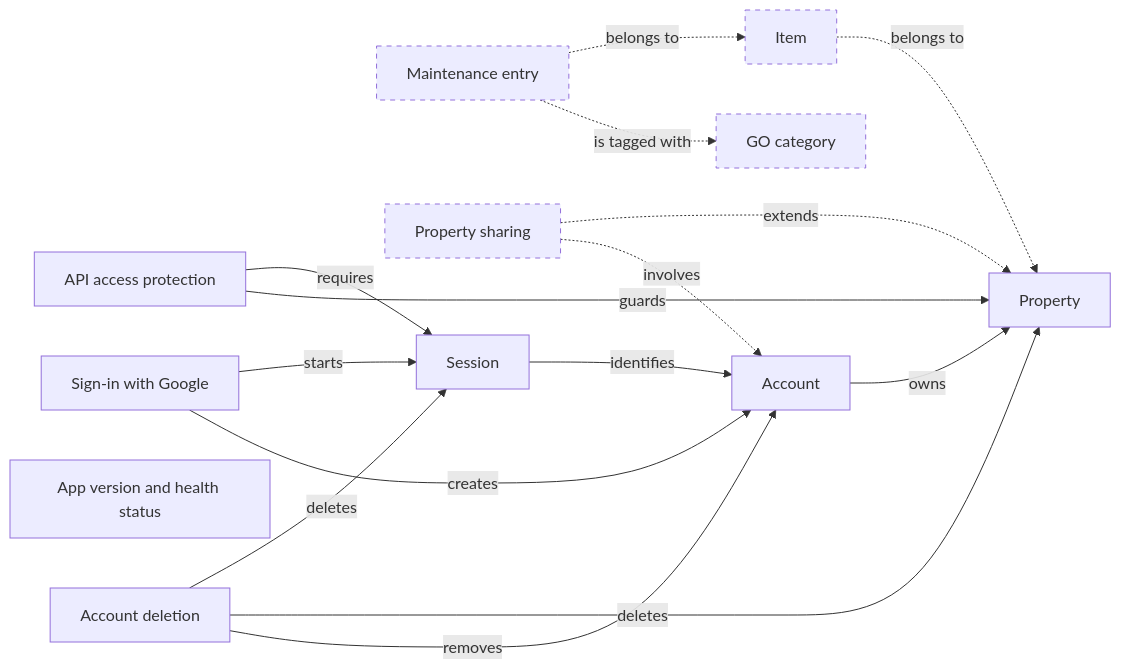
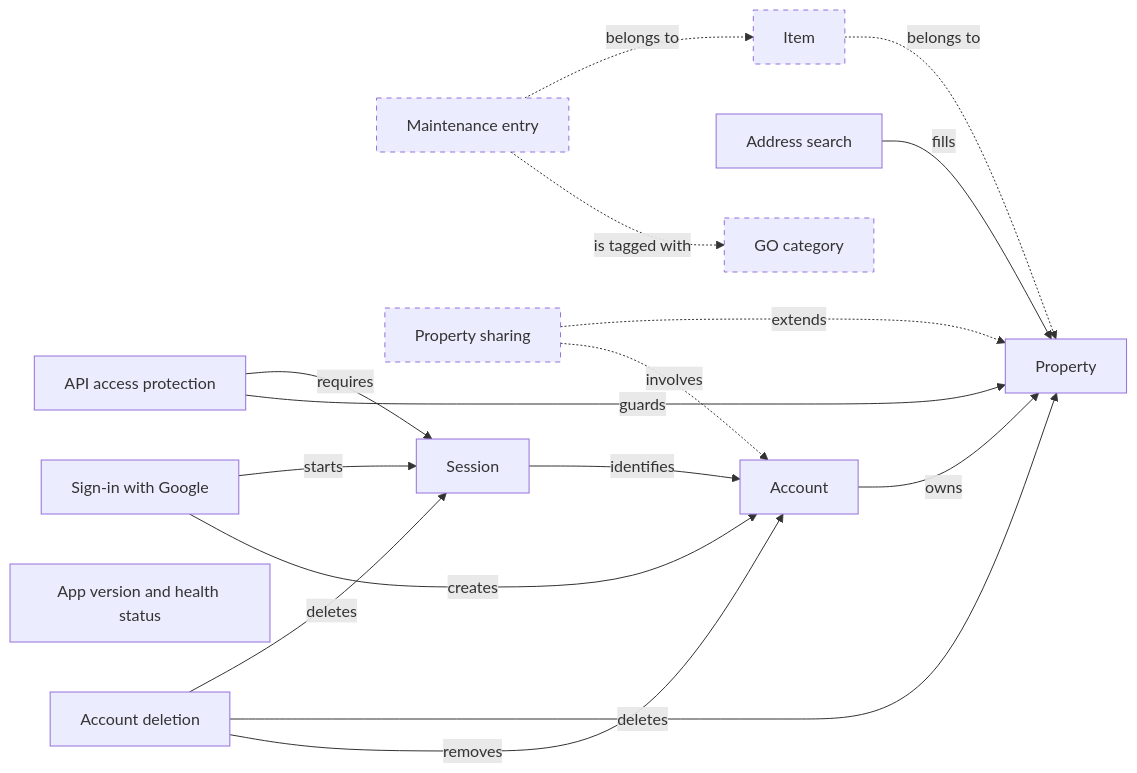
The diagram in knowledge/wiki/index.md (TomTXR/factory-pilot), drawn with Mermaid before and after one commit. The commit also changed other lines of this file and 12 other files, not shown here.

Commit message:
Document address search in the wiki and record story 59

````diff
--- a/knowledge/wiki/index.md
+++ b/knowledge/wiki/index.md
@@ -11,33 +11,35 @@
 ```mermaid
 graph LR
   Account["Account"]
   Accountdeletion["Account deletion"]
+  Addresssearch["Address search"]
   APIaccessprotection["API access protection"]
   Appversionandhealthstatus["App version and health status"]
   GOcategory["GO category"]
   Item["Item"]
   Maintenanceentry["Maintenance entry"]
   Property["Property"]
   Propertysharing["Property sharing"]
   Session["Session"]
   SigninwithGoogle["Sign-in with Google"]
   Account -->|owns| Property
   Accountdeletion -->|removes| Account
   Accountdeletion -->|deletes| Property
   Accountdeletion -->|deletes| Session
+  Addresssearch -->|fills| Property
   APIaccessprotection -->|guards| Property
   APIaccessprotection -->|requires| Session
   Item -.->|belongs to| Property
   Maintenanceentry -.->|is tagged with| GOcategory
   Maintenanceentry -.->|belongs to| Item
   Propertysharing -.->|involves| Account
   Propertysharing -.->|extends| Property
   Session -->|identifies| Account
   SigninwithGoogle -->|creates| Account
   SigninwithGoogle -->|starts| Session
   class GOcategory planned
   class Item planned
   class Maintenanceentry planned
   class Propertysharing planned
   classDef planned stroke-dasharray: 5 5
 ```
````
